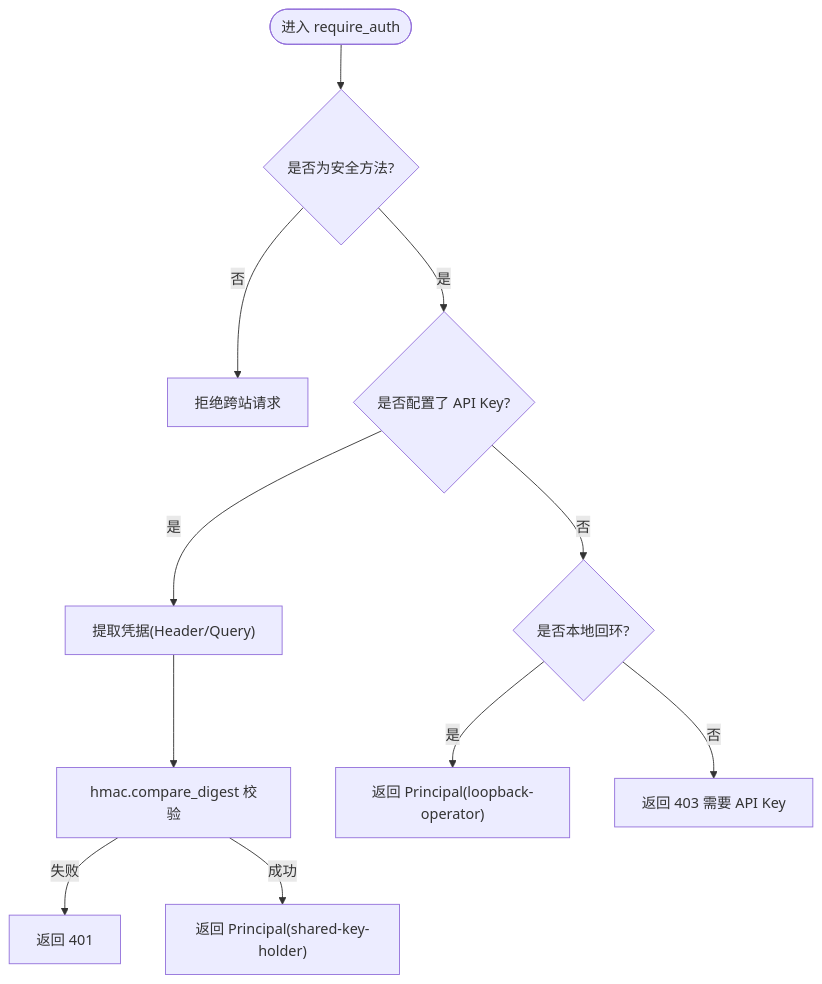
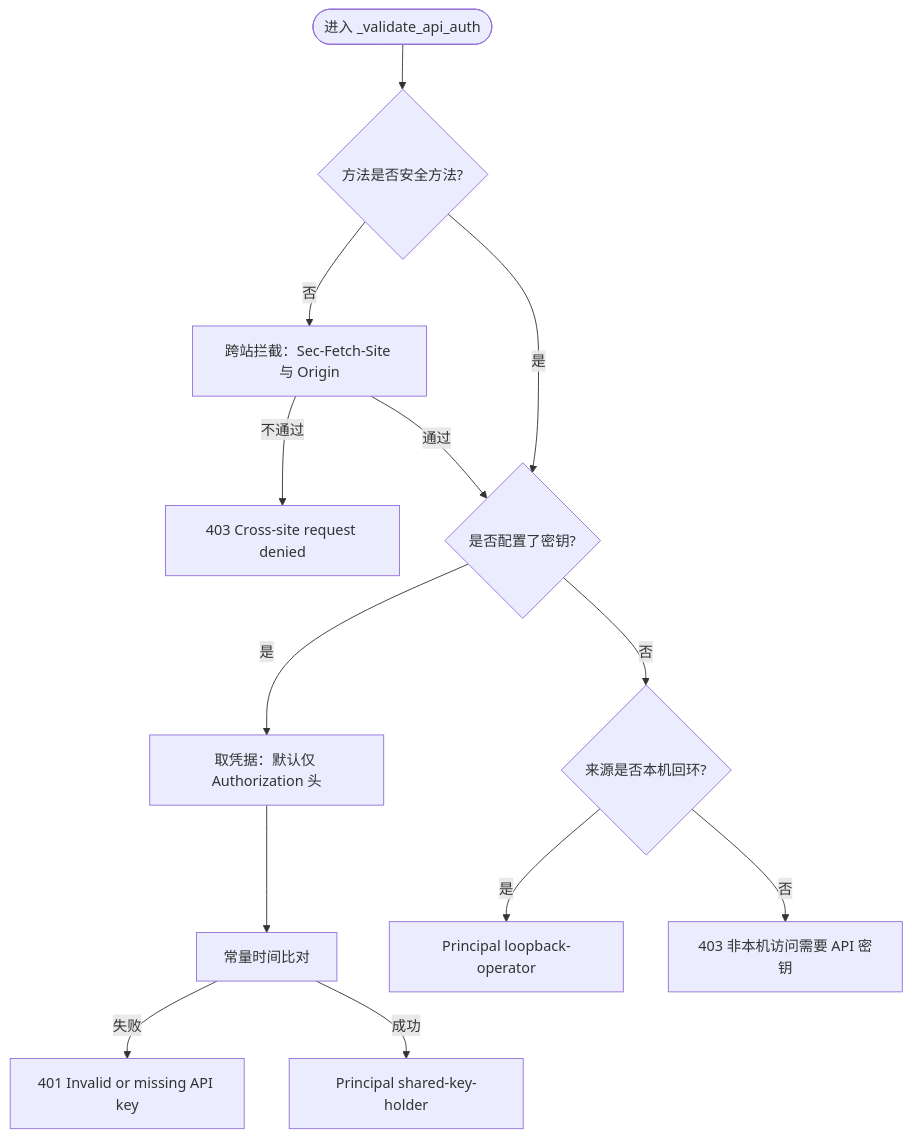
Before and after one commit to hjfire/vibe-trading-fw: the third of 7 diagrams in repowiki/topics/安全与治理/认证与授权.md, drawn with Mermaid. The commit also changed other lines of this file and 5 other files, not shown here.

````diff
--- a/repowiki/topics/安全与治理/认证与授权.md
+++ b/repowiki/topics/安全与治理/认证与授权.md
@@ -163,13 +176,15 @@
 ```mermaid
 flowchart TD
-Start(["进入 require_auth"]) --> CheckSafe{"是否为安全方法?"}
-CheckSafe --> |否| RejectCrossSite["拒绝跨站请求"]
-CheckSafe --> |是| HasKey{"是否配置了 API Key?"}
-HasKey --> |是| Extract["提取凭据(Header/Query)"]
-Extract --> Verify["hmac.compare_digest 校验"]
-Verify --> |失败| Err401["返回 401"]
-Verify --> |成功| ReturnPrincipal["返回 Principal(shared-key-holder)"]
-HasKey --> |否| IsLocal{"是否本地回环?"}
-IsLocal --> |是| ReturnLoopback["返回 Principal(loopback-operator)"]
-IsLocal --> |否| Err403["返回 403 需要 API Key"]
+Start(["进入 _validate_api_auth"]) --> M{"方法是否安全方法?"}
+M --> |否| XS["跨站拦截：Sec-Fetch-Site 与 Origin"]
+XS --> |不通过| E403a["403 Cross-site request denied"]
+XS --> |通过| K
+M --> |是| K{"是否配置了密钥?"}
+K --> |是| EX["取凭据：默认仅 Authorization 头"]
+EX --> CMP["常量时间比对"]
+CMP --> |失败| E401["401 Invalid or missing API key"]
+CMP --> |成功| PS["Principal shared-key-holder"]
+K --> |否| L{"来源是否本机回环?"}
+L --> |是| PL["Principal loopback-operator"]
+L --> |否| E403b["403 非本机访问需要 API 密钥"]
 ```
````
